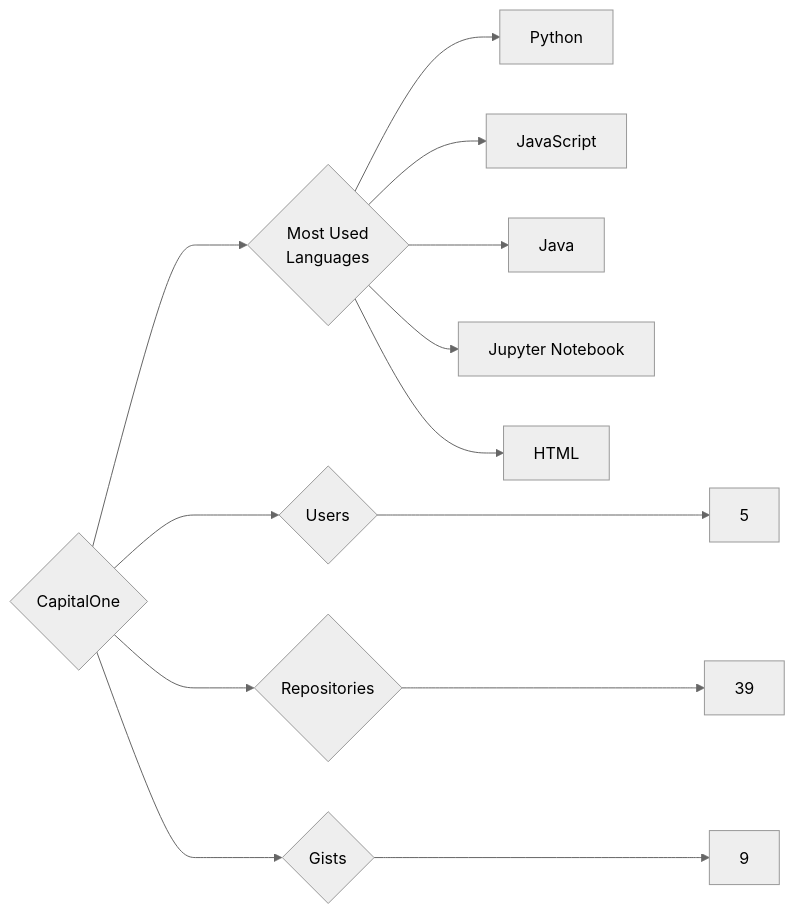
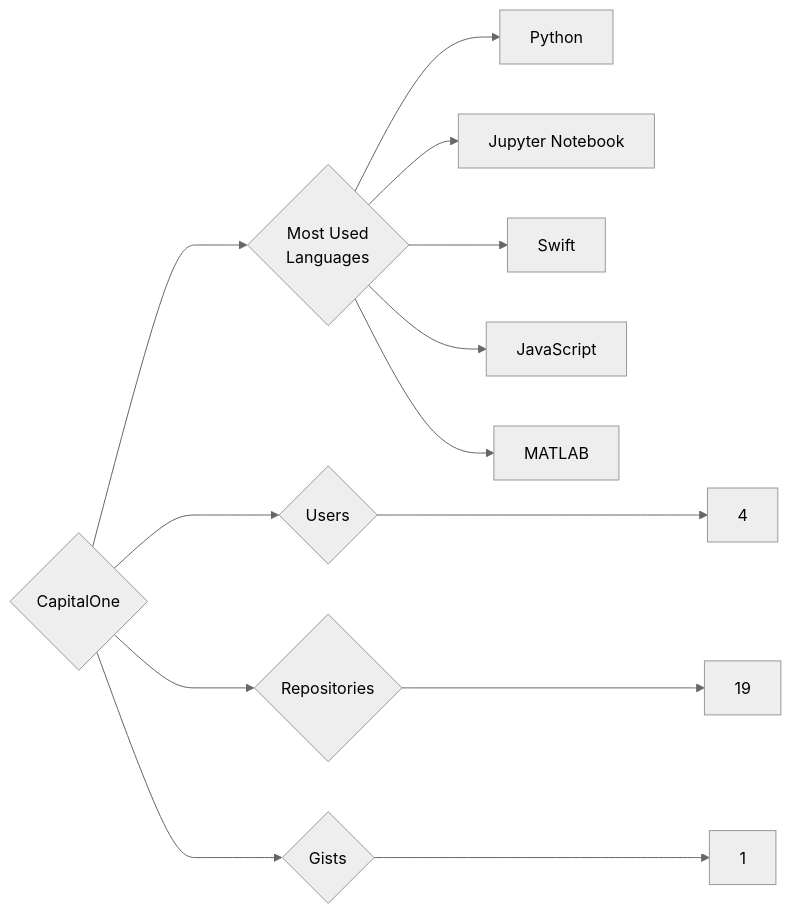
The diagram in targets/CapitalOne/README.md (trickest/insiders), drawn with Mermaid (neutral theme) before and after one commit. The commit also changed 1055 other files, not shown here.

````diff
--- a/targets/CapitalOne/README.md
+++ b/targets/CapitalOne/README.md
@@ -3,13 +3,13 @@
 ```mermaid
 graph LR
 COMPANY_NAME{CapitalOne}
-COMPANY_NAME ---> U{Users} ---> UN[5]
-COMPANY_NAME ---> R{Repositories} ---> RN[39]
-COMPANY_NAME ---> G{Gists} ---> GN[9]
+COMPANY_NAME ---> U{Users} ---> UN[4]
+COMPANY_NAME ---> R{Repositories} ---> RN[19]
+COMPANY_NAME ---> G{Gists} ---> GN[1]
 COMPANY_NAME ---> ML{Most Used<br>Languages}
 ML --> Python[Python]
+ML --> Jupyter_Notebook[Jupyter Notebook]
+ML --> Swift[Swift]
 ML --> JavaScript[JavaScript]
-ML --> Java[Java]
-ML --> Jupyter_Notebook[Jupyter Notebook]
-ML --> HTML[HTML]
+ML --> MATLAB[MATLAB]
 ```
````
